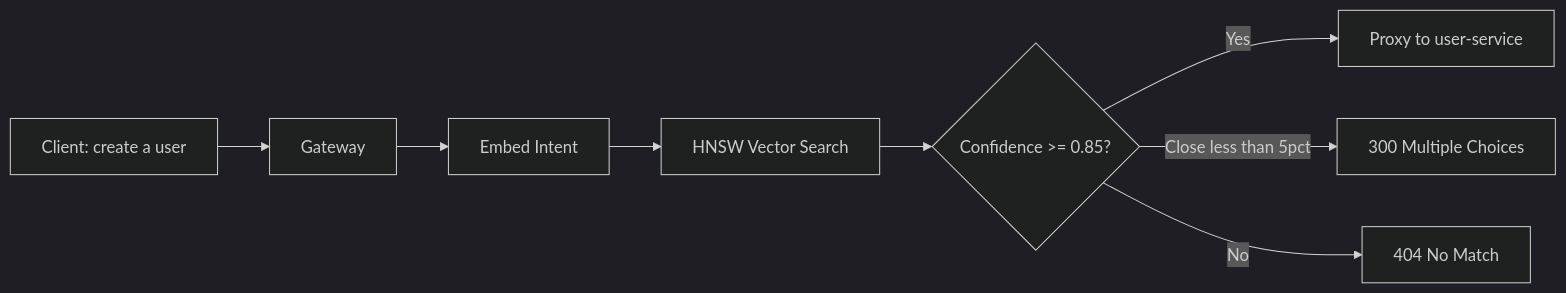
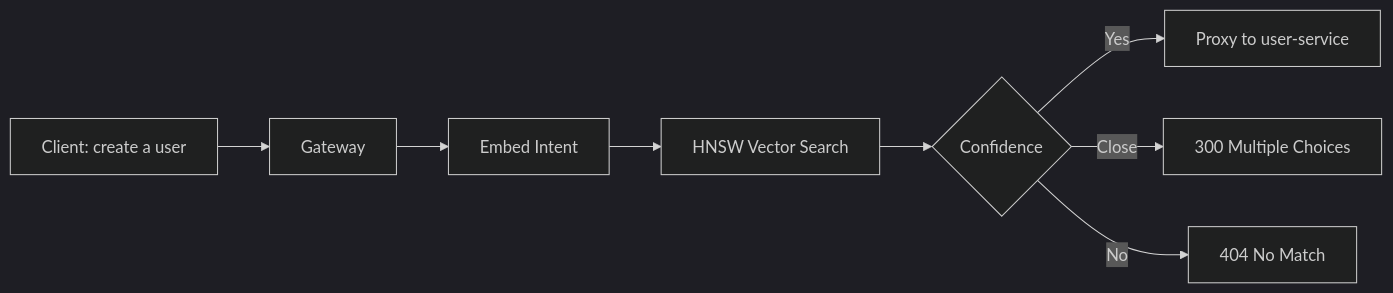
One commit to jmiranda-sre/Semantic-API-Gateway-Router changed the first of 2 diagrams in README.md. Above: the diagram before and after it, drawn with Mermaid (dark theme). The commit also changed 1 other file, not shown here.

Commit message:
fix: remove quotes and special chars from mermaid diamond nodes
GitHub renderer does not support quoted labels inside {} diamond
syntax. Simplified to bare {Confidence} label.

````diff
--- a/README.md
+++ b/README.md
@@ -21,10 +21,10 @@
 ```mermaid
 graph LR
     A["Client: create a user"] --> B["Gateway"]
     B --> C["Embed Intent"]
     C --> D["HNSW Vector Search"]
-    D --> E{"Confidence >= 0.85?"}
+    D --> E{Confidence}
     E -->|Yes| F["Proxy to user-service"]
-    E -->|Close less than 5pct| G["300 Multiple Choices"]
+    E -->|Close| G["300 Multiple Choices"]
     E -->|No| H["404 No Match"]
 ```
````
